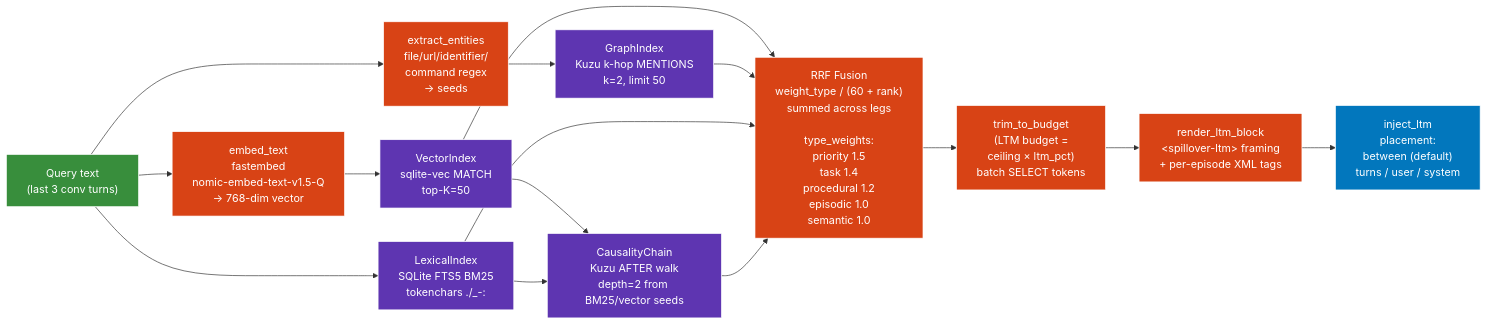
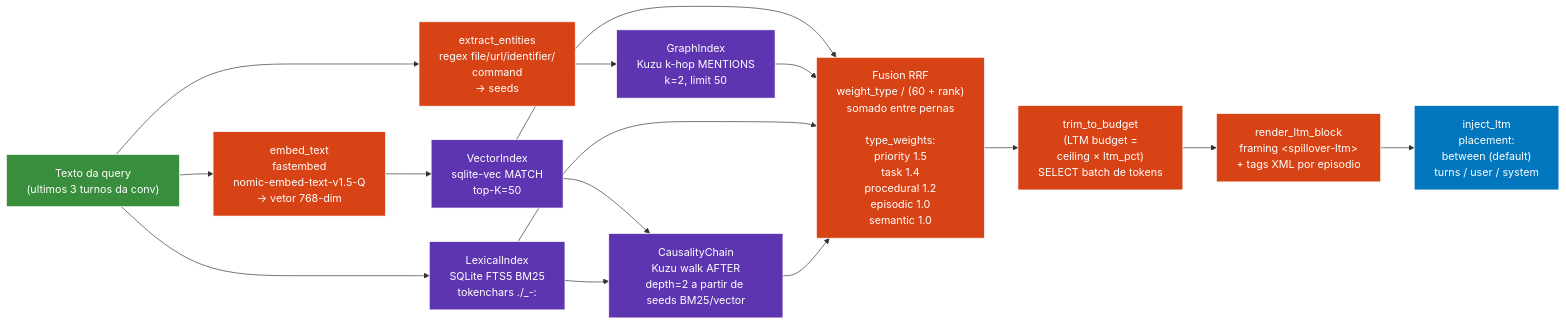
The diagram in docs/architecture/07-retrieval-fusion.md (Luizhcrs/spillover), drawn with Mermaid before and after one commit. The commit also changed other lines of this file and 12 other files, not shown here.

Commit message:
docs(architecture): traduzir 13 docs pra PT-BR

````diff
--- a/docs/architecture/07-retrieval-fusion.md
+++ b/docs/architecture/07-retrieval-fusion.md
@@ -5,39 +5,39 @@
 ```mermaid
 flowchart LR
     classDef in fill:#388e3c,stroke:#fff,color:#fff
     classDef leg fill:#5e35b1,stroke:#fff,color:#fff
     classDef proc fill:#d84315,stroke:#fff,color:#fff
     classDef out fill:#0277bd,stroke:#fff,color:#fff
 
-    Q["Query text<br/>(last 3 conv turns)"]:::in
+    Q["Texto da query<br/>(ultimos 3 turnos da conv)"]:::in
 
-    EMB["embed_text<br/>fastembed<br/>nomic-embed-text-v1.5-Q<br/>→ 768-dim vector"]:::proc
-    ENT["extract_entities<br/>file/url/identifier/<br/>command regex<br/>→ seeds"]:::proc
+    EMB["embed_text<br/>fastembed<br/>nomic-embed-text-v1.5-Q<br/>→ vetor 768-dim"]:::proc
+    ENT["extract_entities<br/>regex file/url/identifier/<br/>command<br/>→ seeds"]:::proc
 
     V["VectorIndex<br/>sqlite-vec MATCH<br/>top-K=50"]:::leg
     G["GraphIndex<br/>Kuzu k-hop MENTIONS<br/>k=2, limit 50"]:::leg
     B["LexicalIndex<br/>SQLite FTS5 BM25<br/>tokenchars ./_-:"]:::leg
-    C["CausalityChain<br/>Kuzu AFTER walk<br/>depth=2 from BM25/vector seeds"]:::leg
+    C["CausalityChain<br/>Kuzu walk AFTER<br/>depth=2 a partir de seeds BM25/vector"]:::leg
 
-    R["RRF Fusion<br/>weight_type / (60 + rank)<br/>summed across legs<br/><br/>type_weights:<br/>priority 1.5<br/>task 1.4<br/>procedural 1.2<br/>episodic 1.0<br/>semantic 1.0"]:::proc
+    R["Fusion RRF<br/>weight_type / (60 + rank)<br/>somado entre pernas<br/><br/>type_weights:<br/>priority 1.5<br/>task 1.4<br/>procedural 1.2<br/>episodic 1.0<br/>semantic 1.0"]:::proc
 
-    TB["trim_to_budget<br/>(LTM budget =<br/>ceiling × ltm_pct)<br/>batch SELECT tokens"]:::proc
-    RD["render_ltm_block<br/>&lt;spillover-ltm&gt; framing<br/>+ per-episode XML tags"]:::proc
+    TB["trim_to_budget<br/>(LTM budget =<br/>ceiling × ltm_pct)<br/>SELECT batch de tokens"]:::proc
+    RD["render_ltm_block<br/>framing &lt;spillover-ltm&gt;<br/>+ tags XML por episodio"]:::proc
 
     INJ["inject_ltm<br/>placement:<br/>between (default)<br/>turns / user / system"]:::out
 
     Q --> EMB
     Q --> ENT
     EMB --> V
     ENT --> G
     Q --> B
     V --> C
     B --> C
     V --> R
     G --> R
     B --> R
     C --> R
     R --> TB
     TB --> RD
     RD --> INJ
 ```
````
